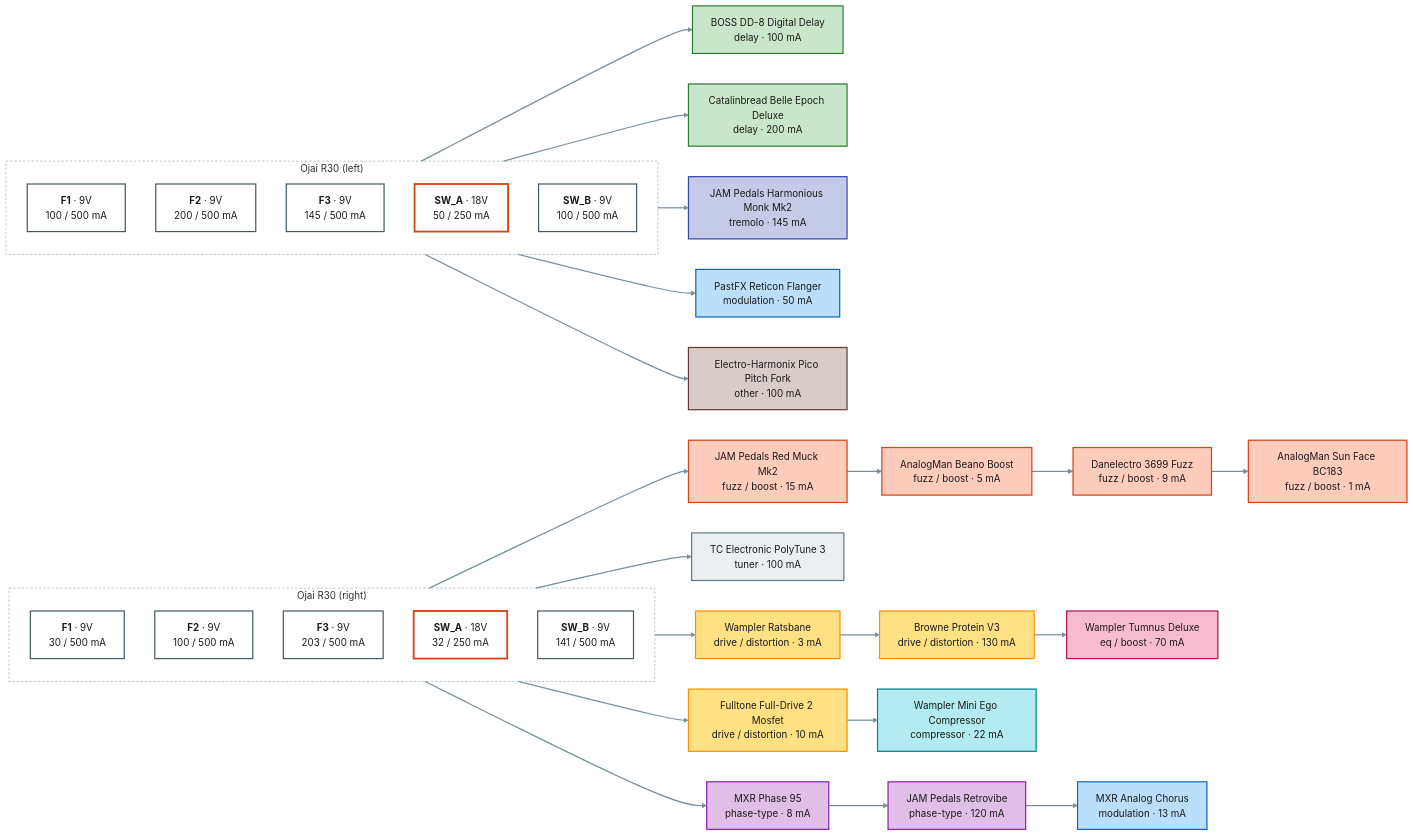
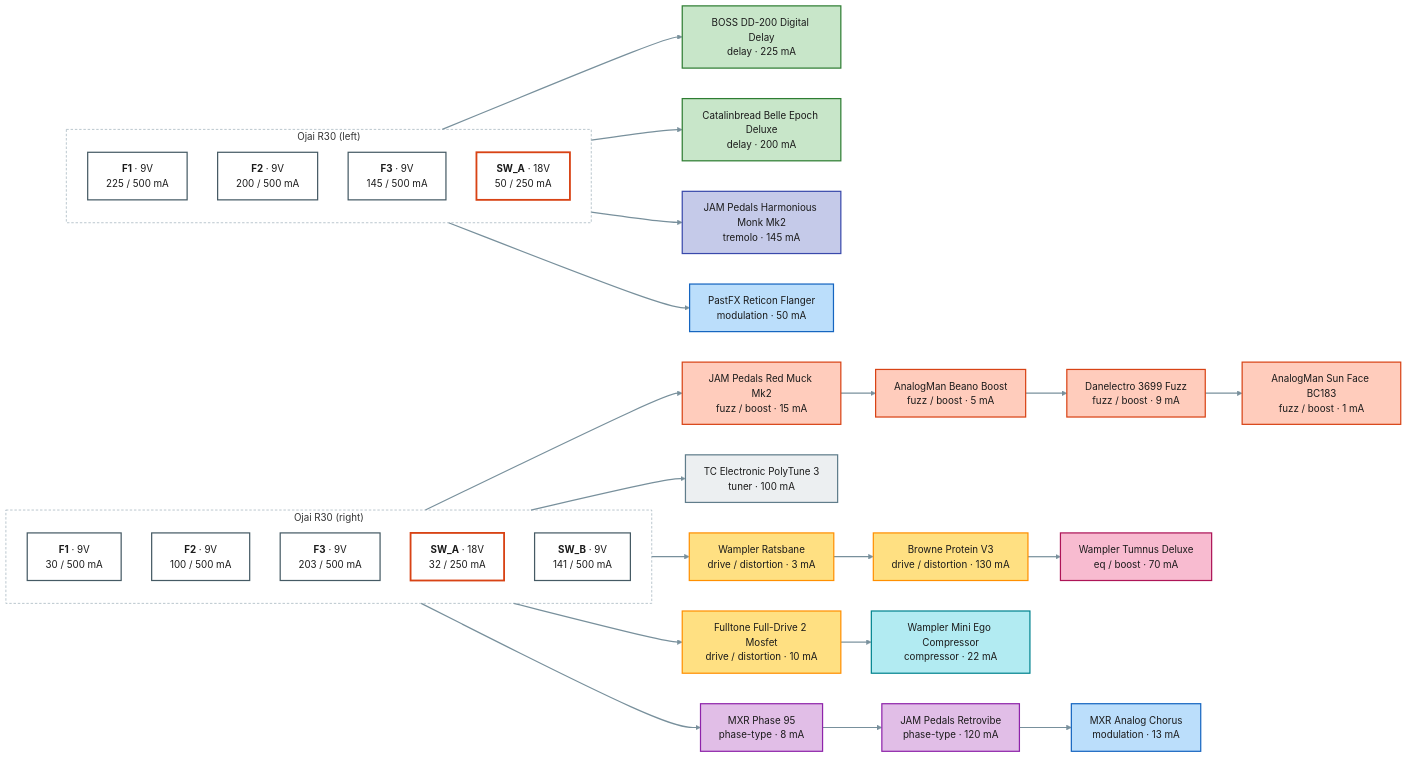
One commit to pedroacvieira/pedalboard changed the second of 2 diagrams in projects/guitar-gig/README.md. Above: the diagram before and after it, drawn with Mermaid. The commit also changed other lines of this file and 8 other files, not shown here.

First line of the commit message:
guitar-gig: 2026-11-04 layout, DD-200 replaces the DD-8, Pico Pitch Fork removed

````diff
--- a/projects/guitar-gig/README.md
+++ b/projects/guitar-gig/README.md
@@ -153,71 +150,67 @@
 ```mermaid
 flowchart LR
     subgraph psu1["Ojai R30 (left)"]
         direction TB
-        psu1_F1["<b>F1</b> · 9V<br/>100 / 500 mA"]:::out9
+        psu1_F1["<b>F1</b> · 9V<br/>225 / 500 mA"]:::out9
         psu1_F2["<b>F2</b> · 9V<br/>200 / 500 mA"]:::out9
         psu1_F3["<b>F3</b> · 9V<br/>145 / 500 mA"]:::out9
         psu1_SW_A["<b>SW_A</b> · 18V<br/>50 / 250 mA"]:::out18
-        psu1_SW_B["<b>SW_B</b> · 9V<br/>100 / 500 mA"]:::out9
     end
     subgraph psu2["Ojai R30 (right)"]
         direction TB
         psu2_F1["<b>F1</b> · 9V<br/>30 / 500 mA"]:::out9
         psu2_F2["<b>F2</b> · 9V<br/>100 / 500 mA"]:::out9
         psu2_F3["<b>F3</b> · 9V<br/>203 / 500 mA"]:::out9
         psu2_SW_A["<b>SW_A</b> · 18V<br/>32 / 250 mA"]:::out18
         psu2_SW_B["<b>SW_B</b> · 9V<br/>141 / 500 mA"]:::out9
     end
-    boss_dd8["BOSS DD-8 Digital Delay<br/>delay · 100 mA"]:::c_delay
+    boss_dd200["BOSS DD-200 Digital Delay<br/>delay · 225 mA"]:::c_delay
     belle_epoch["Catalinbread Belle Epoch Deluxe<br/>delay · 200 mA"]:::c_delay
     monk["JAM Pedals Harmonious Monk Mk2<br/>tremolo · 145 mA"]:::c_tremolo
     reticon["PastFX Reticon Flanger<br/>modulation · 50 mA"]:::c_modulation
-    ehx_pico_pitch_fork["Electro-Harmonix Pico Pitch Fork<br/>other · 100 mA"]:::c_other
     red_muck["JAM Pedals Red Muck Mk2<br/>fuzz / boost · 15 mA"]:::c_fuzz___boost
     beano["AnalogMan Beano Boost<br/>fuzz / boost · 5 mA"]:::c_fuzz___boost
     danelectro_3699["Danelectro 3699 Fuzz<br/>fuzz / boost · 9 mA"]:::c_fuzz___boost
     sun_face["AnalogMan Sun Face BC183<br/>fuzz / boost · 1 mA"]:::c_fuzz___boost
     polytune_3["TC Electronic PolyTune 3<br/>tuner · 100 mA"]:::c_tuner
     ratsbane["Wampler Ratsbane<br/>drive / distortion · 3 mA"]:::c_drive___distortion
     protein["Browne Protein V3<br/>drive / distortion · 130 mA"]:::c_drive___distortion
     tumnus_deluxe["Wampler Tumnus Deluxe<br/>eq / boost · 70 mA"]:::c_eq___boost
     fulldrive_2["Fulltone Full-Drive 2 Mosfet<br/>drive / distortion · 10 mA"]:::c_drive___distortion
     mini_ego["Wampler Mini Ego Compressor<br/>compressor · 22 mA"]:::c_compressor
     phase_95["MXR Phase 95<br/>phase-type · 8 mA"]:::c_phase_type
     retrovibe["JAM Pedals Retrovibe<br/>phase-type · 120 mA"]:::c_phase_type
     analog_chorus["MXR Analog Chorus<br/>modulation · 13 mA"]:::c_modulation
-    psu1_F1 --> boss_dd8
+    psu1_F1 --> boss_dd200
     psu1_F2 --> belle_epoch
     psu1_F3 --> monk
     psu1_SW_A --> reticon
-    psu1_SW_B --> ehx_pico_pitch_fork
     psu2_F1 --> red_muck
     red_muck --> beano
     beano --> danelectro_3699
     danelectro_3699 --> sun_face
     psu2_F2 --> polytune_3
     psu2_F3 --> ratsbane
     ratsbane --> protein
     protein --> tumnus_deluxe
     psu2_SW_A --> fulldrive_2
     fulldrive_2 --> mini_ego
     psu2_SW_B --> phase_95
     phase_95 --> retrovibe
     retrovibe --> analog_chorus
     classDef out9 fill:#ffffff,stroke:#455a64,stroke-width:2px,color:#1b1b1b
     classDef out18 fill:#ffffff,stroke:#d84315,stroke-width:3px,color:#1b1b1b
     classDef spare fill:#fafafa,stroke:#9e9e9e,stroke-dasharray:4 3,color:#757575
     classDef c_tuner fill:#eceff1,stroke:#607d8b,stroke-width:2px,color:#1b1b1b
     classDef c_compressor fill:#b2ebf2,stroke:#00838f,stroke-width:2px,color:#1b1b1b
     classDef c_fuzz___boost fill:#ffccbc,stroke:#d84315,stroke-width:2px,color:#1b1b1b
     classDef c_drive___distortion fill:#ffe082,stroke:#ff8f00,stroke-width:2px,color:#1b1b1b
     classDef c_phase_type fill:#e1bee7,stroke:#8e24aa,stroke-width:2px,color:#1b1b1b
     classDef c_modulation fill:#bbdefb,stroke:#1565c0,stroke-width:2px,color:#1b1b1b
     classDef c_tremolo fill:#c5cae9,stroke:#3949ab,stroke-width:2px,color:#1b1b1b
     classDef c_delay fill:#c8e6c9,stroke:#2e7d32,stroke-width:2px,color:#1b1b1b
     classDef c_eq___boost fill:#f8bbd0,stroke:#ad1457,stroke-width:2px,color:#1b1b1b
-    classDef c_other fill:#d7ccc8,stroke:#5d4037,stroke-width:2px,color:#1b1b1b
     style psu1 fill:none,stroke:#90a4ae,stroke-dasharray:4 3
     style psu2 fill:none,stroke:#90a4ae,stroke-dasharray:4 3
     linkStyle default stroke:#78909c,stroke-width:2px
 ```
````
